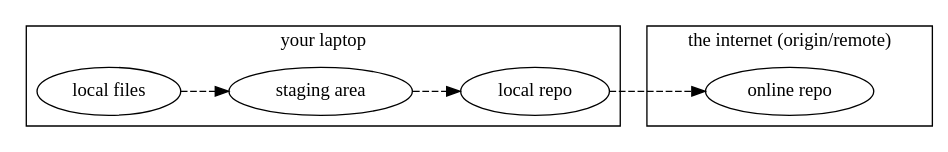
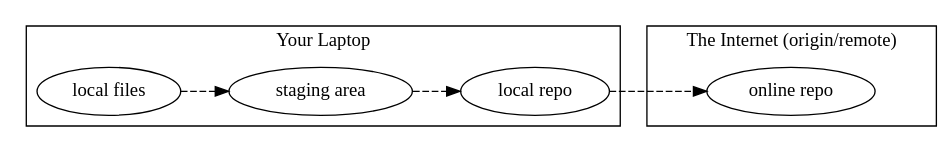
One commit to wexlergroup/git-recite-slides changed the second of 2 diagrams in index.qmd. Above: the diagram before and after it, drawn with Graphviz. The commit also changed other lines of this file and 3 other files, not shown here.

````diff
--- a/index.qmd
+++ b/index.qmd
@@ -37,21 +69,21 @@
 ```{dot}
-digraph {
+digraph B {
   rankdir=LR;
   edge [ style=dashed ];
 
   // node [ fontname="Handlee" ];
   subgraph cluster_frontend {
-    label="your laptop";
+    label="Your Laptop";
     "local files" ->"staging area" -> "local repo";
   }
       
   subgraph cluster_backend {
     
-    label="the internet (origin/remote)";
+    label="The Internet (origin/remote)";
     "online repo";
   }
 
   "local repo" -> "online repo";
   
 }
 ```
````
